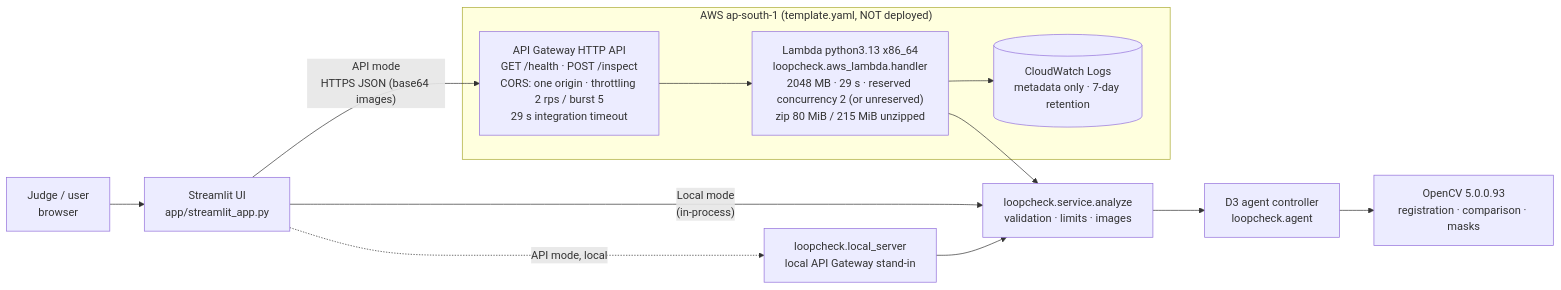
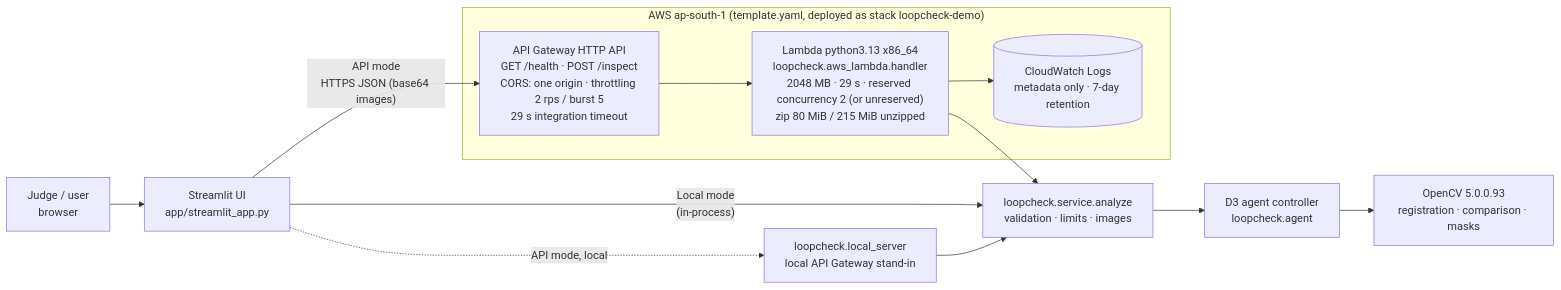
One commit to arnavgupta2004/Loopcheck changed the diagram in docs/d4_demo_and_deployment.md. Above: the diagram before and after it, drawn with Mermaid. The commit also changed other lines of this file and 7 other files, not shown here.

````diff
--- a/docs/d4_demo_and_deployment.md
+++ b/docs/d4_demo_and_deployment.md
@@ -15,16 +20,16 @@
 ```mermaid
 flowchart LR
     U[Judge / user<br/>browser] --> S[Streamlit UI<br/>app/streamlit_app.py]
     S -- "Local mode<br/>(in-process)" --> SV
     S -- "API mode<br/>HTTPS JSON (base64 images)" --> AG
-    subgraph AWS["AWS ap-south-1 (template.yaml, NOT deployed)"]
+    subgraph AWS["AWS ap-south-1 (template.yaml, deployed as stack loopcheck-demo)"]
         AG[API Gateway HTTP API<br/>GET /health · POST /inspect<br/>CORS: one origin · throttling 2 rps / burst 5<br/>29 s integration timeout]
         AG --> L["Lambda python3.13 x86_64<br/>loopcheck.aws_lambda.handler<br/>2048 MB · 29 s · reserved concurrency 2 (or unreserved)<br/>zip 80 MiB / 215 MiB unzipped"]
         L --> CW[(CloudWatch Logs<br/>metadata only · 7-day retention)]
     end
     L --> SV
     LS[loopcheck.local_server<br/>local API Gateway stand-in] --> SV
     S -. "API mode, local" .-> LS
     SV[loopcheck.service.analyze<br/>validation · limits · images] --> AC[D3 agent controller<br/>loopcheck.agent]
     AC --> CV[OpenCV 5.0.0.93<br/>registration · comparison · masks]
 ```
````
